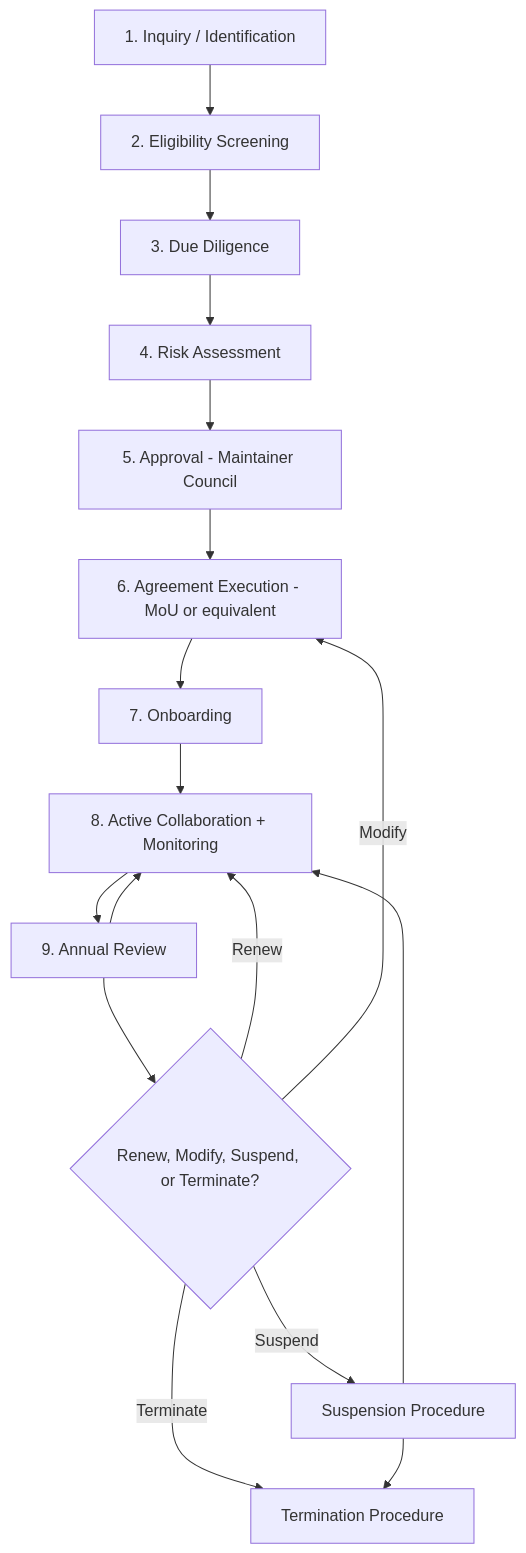
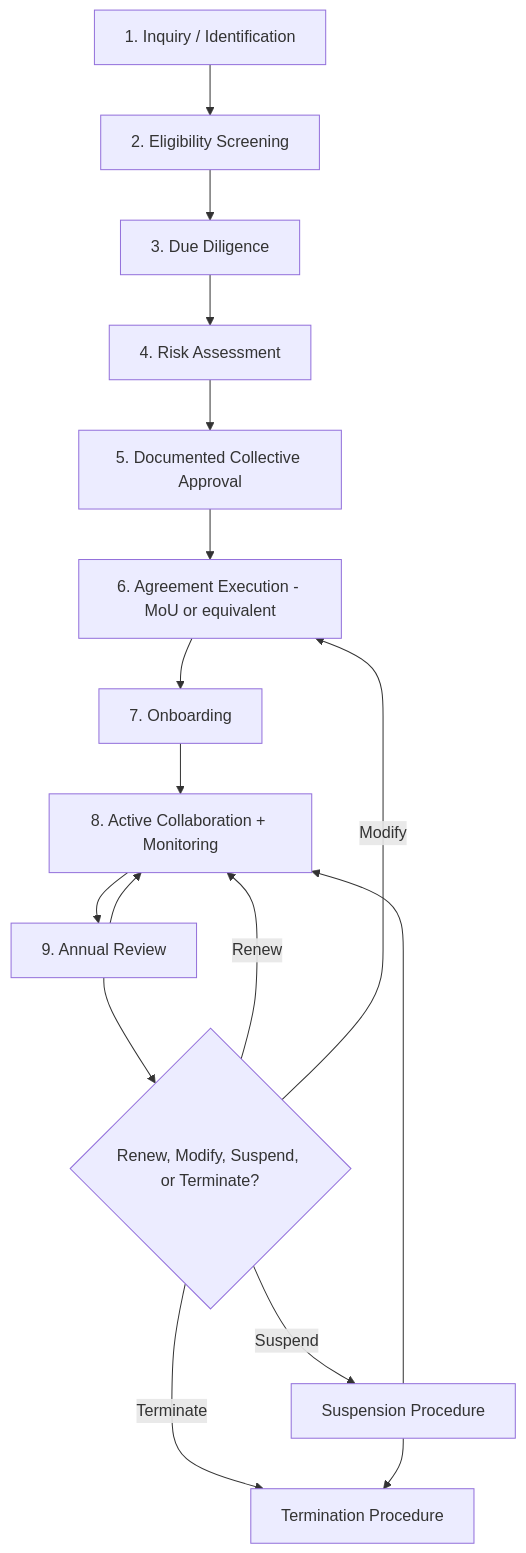
The third of 6 diagrams in PARTNERSHIPS.md (Celo-HaiTi/celoht-docs), drawn with Mermaid before and after one commit. The commit also changed other lines of this file and 27 other files, not shown here.

````diff
--- a/PARTNERSHIPS.md
+++ b/PARTNERSHIPS.md
@@ -342,19 +342,19 @@
 ```mermaid
 flowchart TD
     A[1. Inquiry / Identification] --> B[2. Eligibility Screening]
     B --> C[3. Due Diligence]
     C --> D[4. Risk Assessment]
-    D --> E[5. Approval - Maintainer Council]
+    D --> E[5. Documented Collective Approval]
     E --> F[6. Agreement Execution - MoU or equivalent]
     F --> G[7. Onboarding]
     G --> H[8. Active Collaboration + Monitoring]
     H --> I[9. Annual Review]
     I --> H
     I --> J{Renew, Modify, Suspend, or Terminate?}
     J -- Renew --> H
     J -- Modify --> F
     J -- Suspend --> K[Suspension Procedure]
     J -- Terminate --> L[Termination Procedure]
     K --> H
     K --> L
 ```
````
